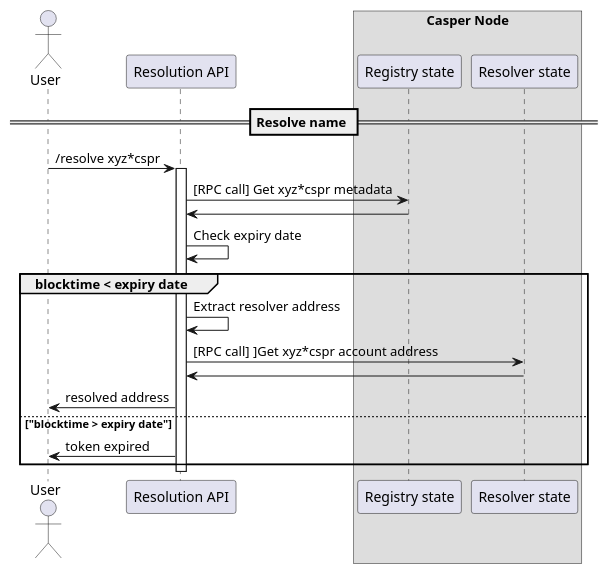
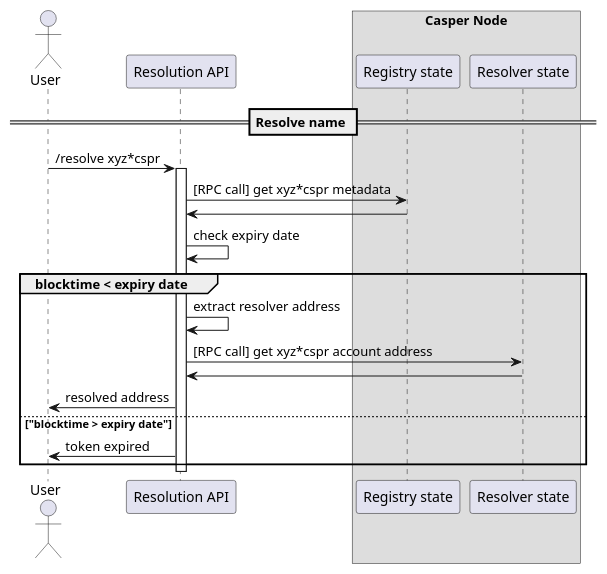
Before and after one commit to make-software/cspr-name-contracts: the diagram in docs/sequence-diagrams/puml/resolve-name.puml, drawn with PlantUML. The commit also changed 22 other files, not shown here.

Commit message:
few text fixes. new diagram for can_transfer() filter contract logic

```diff
--- a/docs/sequence-diagrams/puml/resolve-name.puml
+++ b/docs/sequence-diagrams/puml/resolve-name.puml
@@ -1,30 +1,30 @@
 @startuml
 'https://plantuml.com/sequence-diagram
 
 'autonumber
 actor User
 participant "Resolution API"
 box Casper Node
 participant "Registry state"
 participant "Resolver state"
 end box
 == Resolve name ==
 
 User -> "Resolution API": /resolve xyz*cspr
 activate "Resolution API"
-"Resolution API" -> "Registry state": [RPC call] Get xyz*cspr metadata
+"Resolution API" -> "Registry state": [RPC call] get xyz*cspr metadata
 "Registry state" -> "Resolution API"
 
-"Resolution API" -> "Resolution API": Check expiry date
+"Resolution API" -> "Resolution API": check expiry date
 
 group blocktime < expiry date
-"Resolution API" -> "Resolution API": Extract resolver address
-"Resolution API" -> "Resolver state": [RPC call] ]Get xyz*cspr account address
+"Resolution API" -> "Resolution API": extract resolver address
+"Resolution API" -> "Resolver state": [RPC call] get xyz*cspr account address
 "Resolver state" -> "Resolution API"
 "Resolution API" -> User: resolved address
 else "blocktime > expiry date"
 "Resolution API" -> User: token expired
 end
 deactivate "Resolution API"
 
 @enduml
```
